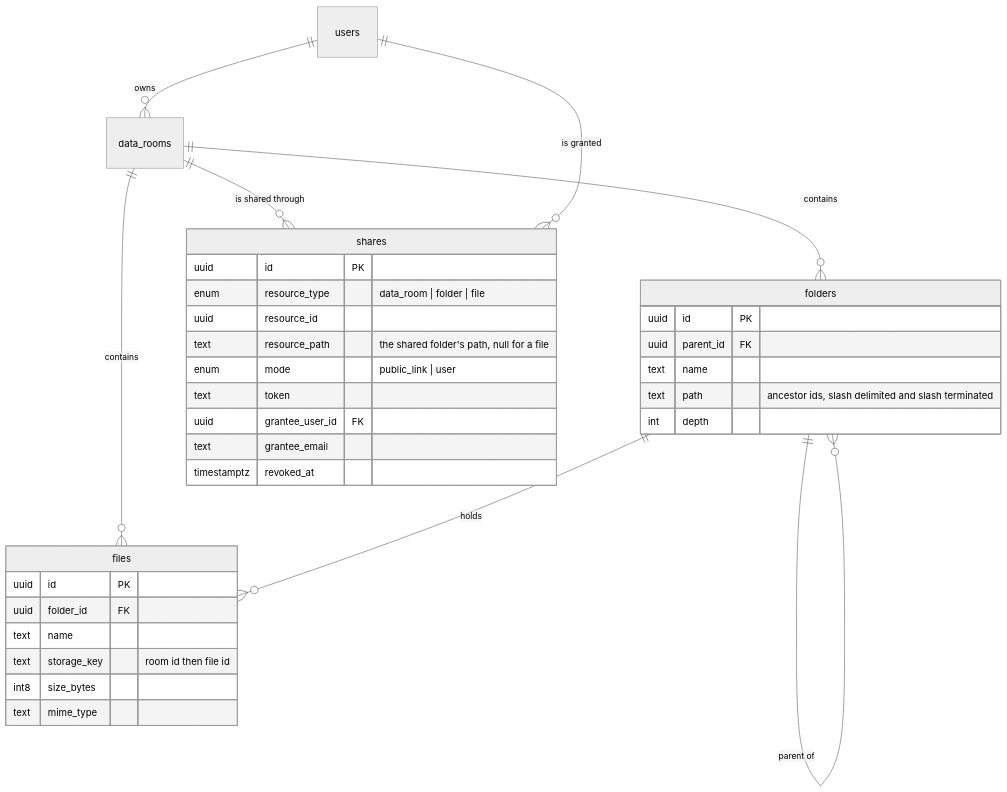
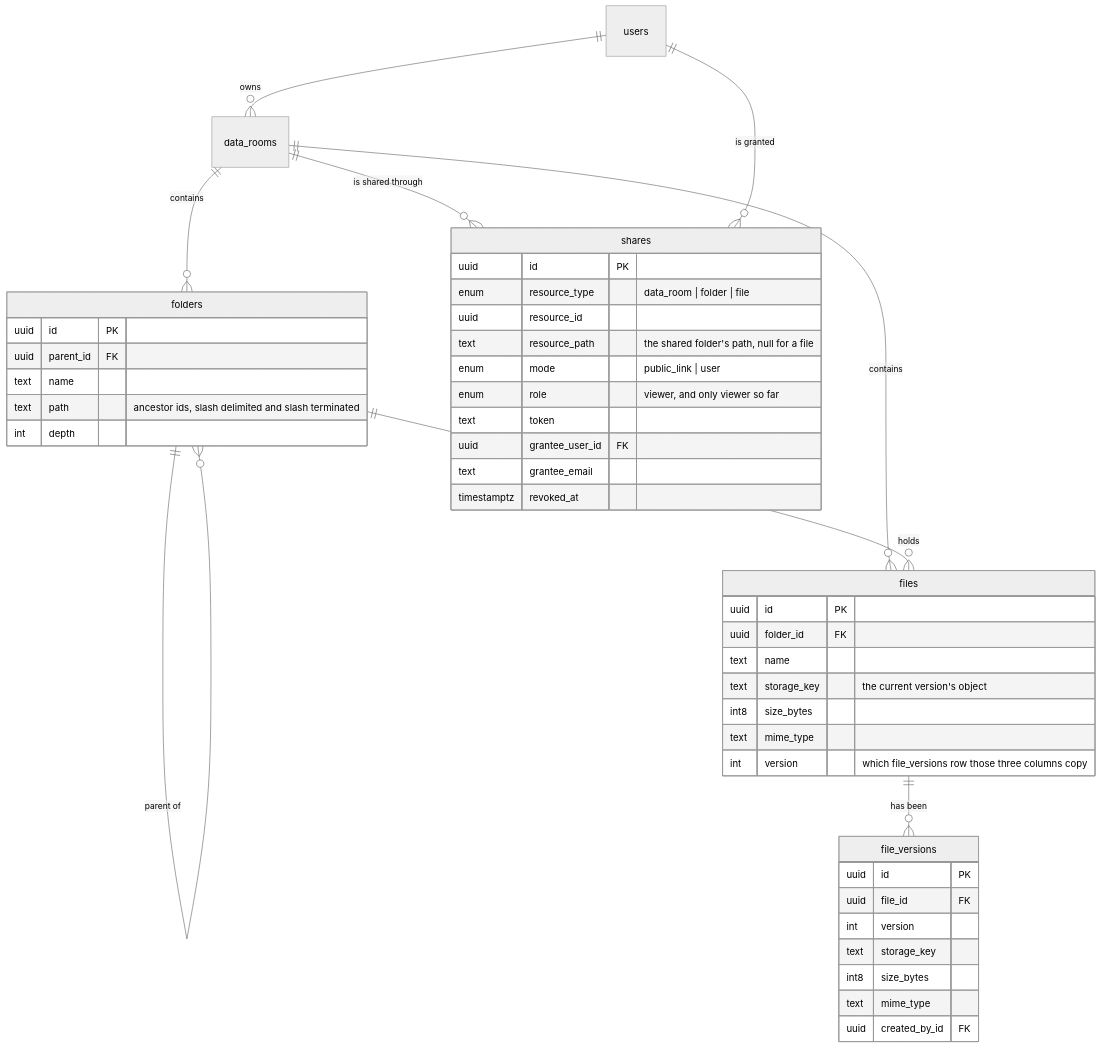
The diagram in README.md (NizarKenny/dataroom), drawn with Mermaid (neutral theme) before and after one commit. The commit also changed other lines of this file and 4 other files, not shown here.

````diff
--- a/README.md
+++ b/README.md
@@ -80,37 +82,49 @@
 ```mermaid
 erDiagram
     users ||--o{ data_rooms : owns
     data_rooms ||--o{ folders : contains
     data_rooms ||--o{ files : contains
     data_rooms ||--o{ shares : "is shared through"
     folders ||--o{ folders : "parent of"
     folders ||--o{ files : holds
+    files ||--o{ file_versions : "has been"
     users ||--o{ shares : "is granted"
 
     folders {
         uuid id PK
         uuid parent_id FK
         text name
         text path "ancestor ids, slash delimited and slash terminated"
         int depth
     }
     files {
         uuid id PK
         uuid folder_id FK
         text name
-        text storage_key "room id then file id"
+        text storage_key "the current version's object"
         int8 size_bytes
         text mime_type
+        int version "which file_versions row those three columns copy"
+    }
+    file_versions {
+        uuid id PK
+        uuid file_id FK
+        int version
+        text storage_key
+        int8 size_bytes
+        text mime_type
+        uuid created_by_id FK
     }
     shares {
         uuid id PK
         enum resource_type "data_room | folder | file"
         uuid resource_id
         text resource_path "the shared folder's path, null for a file"
         enum mode "public_link | user"
+        enum role "viewer, and only viewer so far"
         text token
         uuid grantee_user_id FK
         text grantee_email
         timestamptz revoked_at
     }
 ```
````
